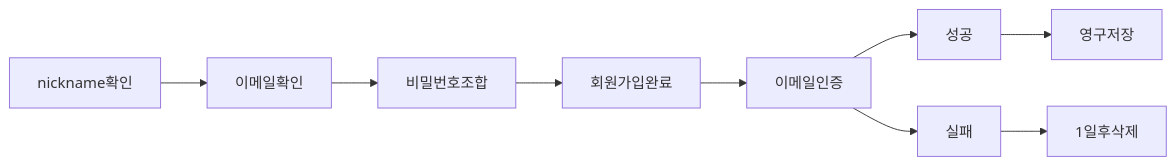
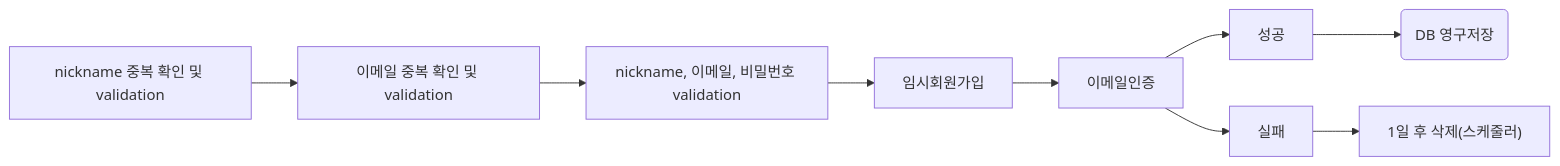
Before and after one commit to kimyezzang97/NewVintly: the diagram in mermaid/flow/join.md, drawn with Mermaid.

Commit message:
docs: 회원가입 flowchart 수정

````diff
--- a/mermaid/flow/join.md
+++ b/mermaid/flow/join.md
@@ -1,6 +1,12 @@
 ```mermaid
 flowchart LR
-    nickname확인 --> 이메일확인 --> 비밀번호조합--> 회원가입완료 --> 이메일인증
-    이메일인증 --> 성공 --> 영구저장
-    이메일인증 --> 실패 --> 1일후삭제
+    nicknameChk["`nickname 중복 확인 및 validation`"]
+    emailChk["`이메일 중복 확인 및 validation`"]
+    DTOCheck["nickname, 이메일, 비밀번호 validation"]
+    임시회원가입
+    이메일인증
+    
+    nicknameChk --> emailChk --> DTOCheck --> 임시회원가입 --> 이메일인증
+    이메일인증 --> 성공 --> 저장("DB 영구저장")
+    이메일인증 --> 실패 --> 삭제["1일 후 삭제(스케줄러)"]
 ```
````
